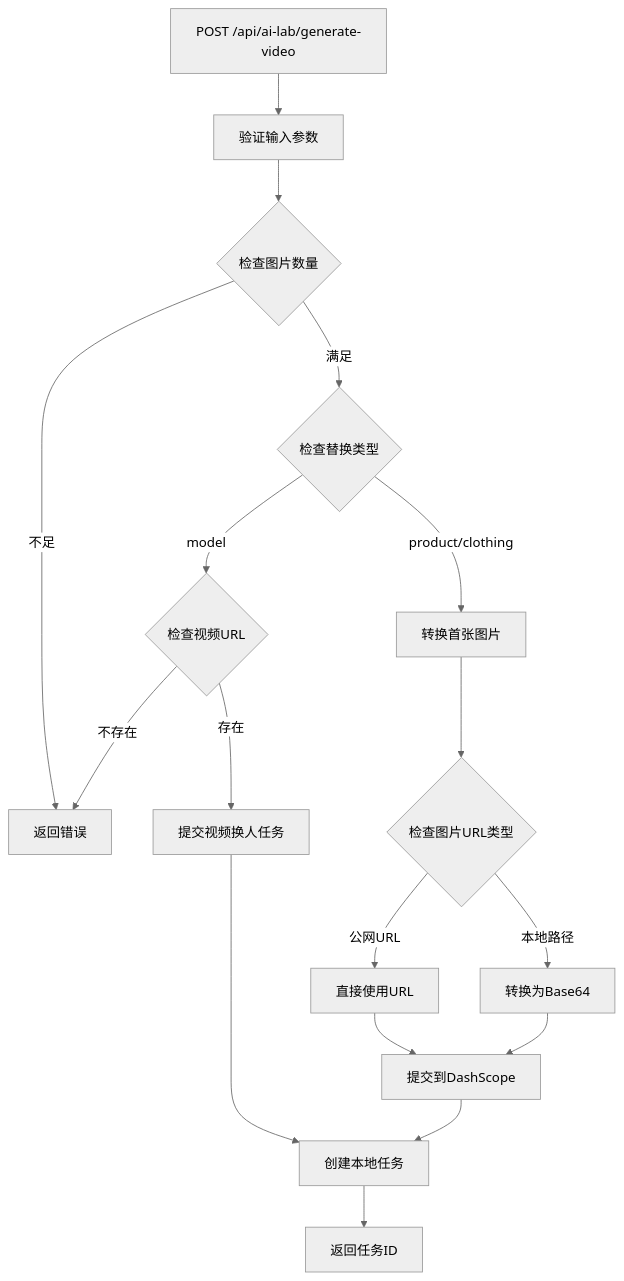
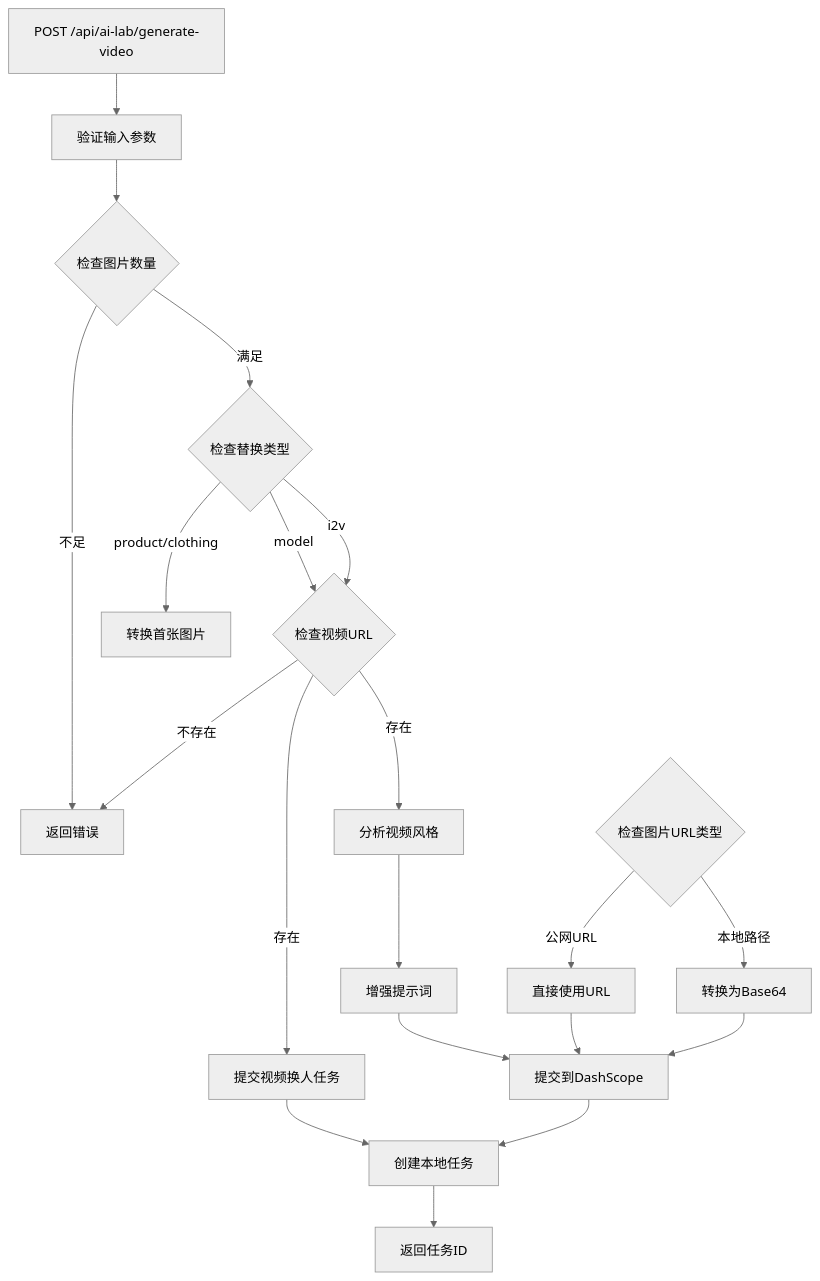
Before and after one commit to zuozuoliu740-cmd/xianxiong-news: the seventh of 11 diagrams in .qoder/repowiki/zh/content/Video Generation Pipeline.md, drawn with Mermaid (neutral theme). The commit also changed other lines of this file and 20 other files, not shown here.

````diff
--- a/.qoder/repowiki/zh/content/Video Generation Pipeline.md
+++ b/.qoder/repowiki/zh/content/Video Generation Pipeline.md
@@ -266,19 +299,23 @@
 ```mermaid
 flowchart TD
 Request[POST /api/ai-lab/generate-video] --> ValidateInput[验证输入参数]
 ValidateInput --> CheckImages{检查图片数量}
 CheckImages --> |不足| ReturnError[返回错误]
 CheckImages --> |满足| CheckSwapType{检查替换类型}
 CheckSwapType --> |model| CheckVideo{检查视频URL}
 CheckVideo --> |存在| SubmitCharacterSwap[提交视频换人任务]
 CheckVideo --> |不存在| ReturnError
 CheckSwapType --> |product/clothing| ConvertImage[转换首张图片]
-ConvertImage --> CheckURL{检查图片URL类型}
+CheckSwapType --> |i2v| CheckVideo
+CheckVideo --> |存在| AnalyzeStyle[分析视频风格]
+AnalyzeStyle --> EnhancedPrompt[增强提示词]
+EnhancedPrompt --> SubmitTask[提交到DashScope]
+CheckURL{检查图片URL类型}
 CheckURL --> |公网URL| UseDirect[直接使用URL]
 CheckURL --> |本地路径| ConvertBase64[转换为Base64]
-UseDirect --> SubmitTask[提交到DashScope]
+UseDirect --> SubmitTask
 ConvertBase64 --> SubmitTask
 SubmitCharacterSwap --> CreateTask[创建本地任务]
 SubmitTask --> CreateTask
 CreateTask --> ReturnResponse[返回任务ID]
 ```
````
